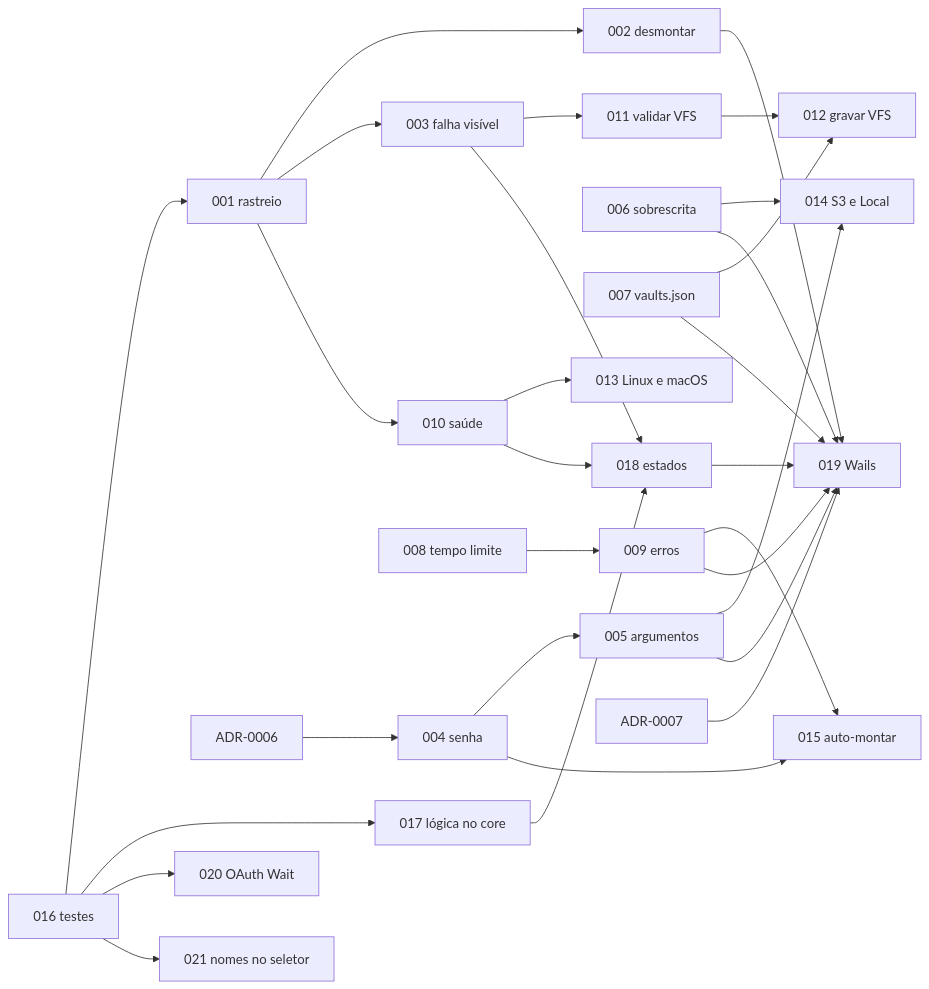
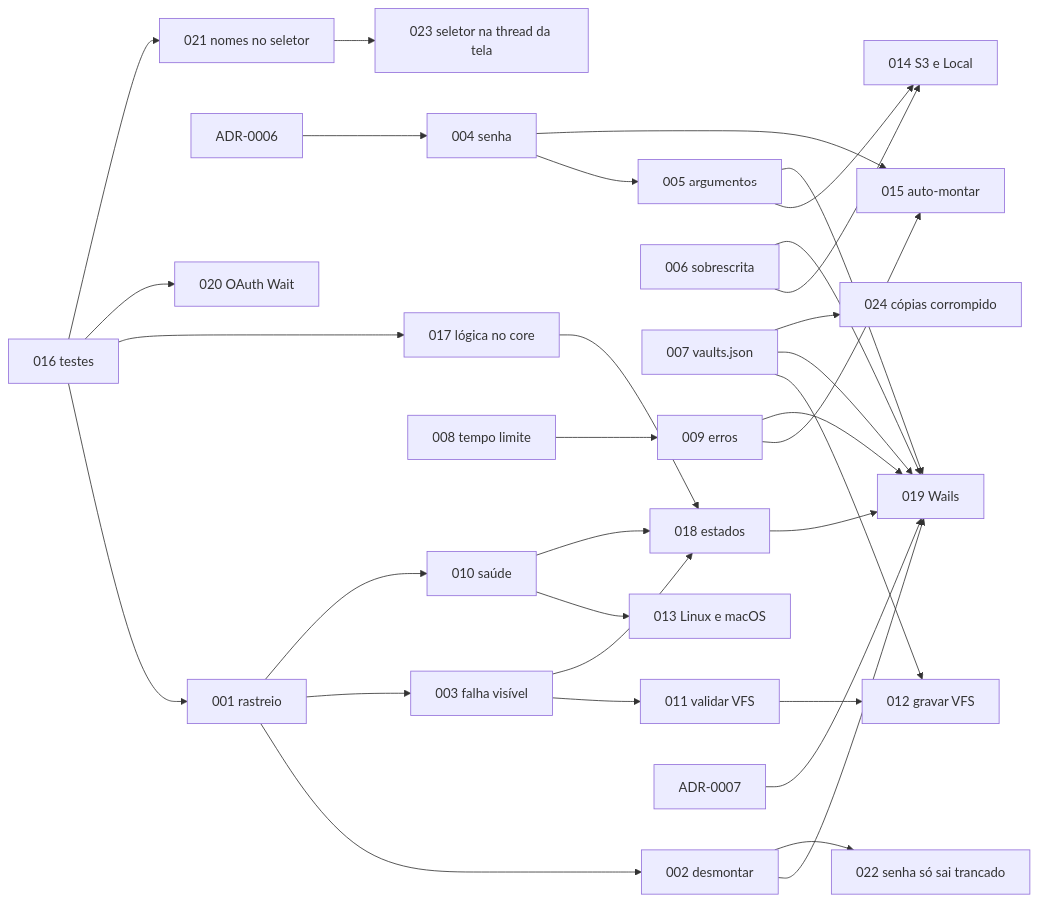
The diagram in docs/demanda/index.md (douglassouza-dev/runtime-crypt-go), drawn with Mermaid before and after one commit. The commit also changed other lines of this file and 4 other files, not shown here.

````diff
--- a/docs/demanda/index.md
+++ b/docs/demanda/index.md
@@ -35,33 +38,36 @@
 ```mermaid
 flowchart LR
     d016["016 testes"] --> d001["001 rastreio"]
     d001 --> d002["002 desmontar"]
     d001 --> d003["003 falha visível"]
     d001 --> d010["010 saúde"]
     adr6["ADR-0006"] --> d004["004 senha"]
     d004 --> d005["005 argumentos"]
     d006["006 sobrescrita"]
     d007["007 vaults.json"]
     d008["008 tempo limite"] --> d009["009 erros"]
     d003 --> d011["011 validar VFS"]
     d007 --> d012["012 gravar VFS"]
     d011 --> d012
     d010 --> d013["013 Linux e macOS"]
     d005 --> d014["014 S3 e Local"]
     d006 --> d014
     d004 --> d015["015 auto-montar"]
     d009 --> d015
     d016 --> d017["017 lógica no core"]
     d016 --> d020["020 OAuth Wait"]
     d016 --> d021["021 nomes no seletor"]
     d003 --> d018["018 estados"]
     d010 --> d018
     d017 --> d018
     d018 --> d019["019 Wails"]
     d002 --> d019
     d005 --> d019
     d006 --> d019
     d007 --> d019
     d009 --> d019
     adr7["ADR-0007"] --> d019
+    d002 --> d022["022 senha só sai trancado"]
+    d021 --> d023["023 seletor na thread da tela"]
+    d007 --> d024["024 cópias corrompido"]
 ```
````
